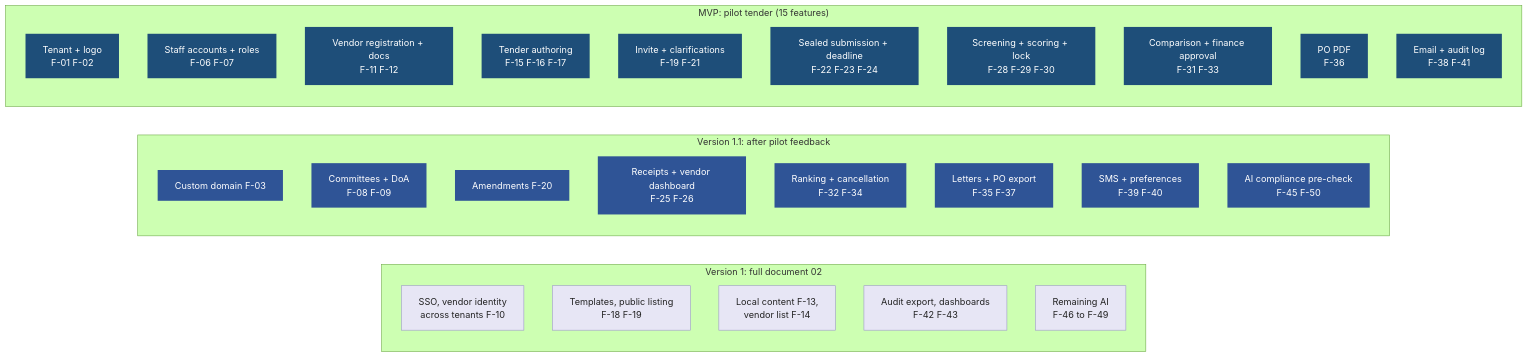
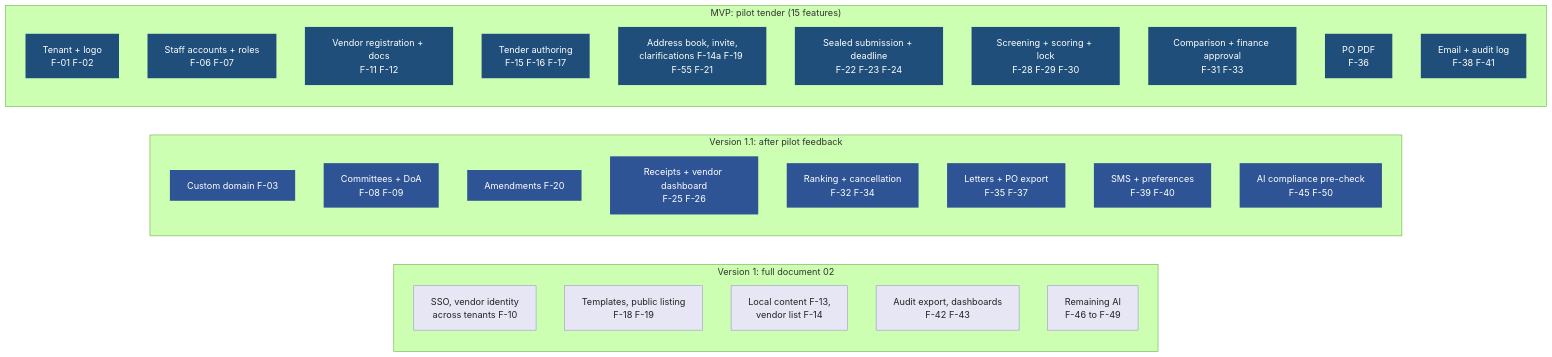
One commit to AhmedAssaf/ERP changed the first of 2 diagrams in docs/05-mvp-scope.md. Above: the diagram before and after it, drawn with Mermaid (forest theme). The commit also changed other lines of this file and 4 other files, not shown here.

First line of the commit message:
Add F-55 tender invitation with registration continuation and F-14a address book

````diff
--- a/docs/05-mvp-scope.md
+++ b/docs/05-mvp-scope.md
@@ -15,41 +17,41 @@
 ```mermaid
 flowchart LR
     classDef mvp fill:#1E4E79,color:#fff,stroke:none
     classDef next fill:#2F5496,color:#fff,stroke:none
     classDef v1 fill:#E7E6F5,color:#222,stroke:#9B96C9
 
     subgraph R3["Version 1: full document 02"]
         direction TB
         C1[SSO, vendor identity<br/>across tenants F-10]:::v1
         C2[Templates, public listing<br/>F-18 F-19]:::v1
         C3[Local content F-13,<br/>vendor list F-14]:::v1
         C4[Audit export, dashboards<br/>F-42 F-43]:::v1
         C5[Remaining AI<br/>F-46 to F-49]:::v1
     end
 
     subgraph R2["Version 1.1: after pilot feedback"]
         direction TB
         B1[Custom domain F-03]:::next
         B2[Committees + DoA<br/>F-08 F-09]:::next
         B3[Amendments F-20]:::next
         B4[Receipts + vendor dashboard<br/>F-25 F-26]:::next
         B5[Ranking + cancellation<br/>F-32 F-34]:::next
         B6[Letters + PO export<br/>F-35 F-37]:::next
         B7[SMS + preferences<br/>F-39 F-40]:::next
         B8[AI compliance pre-check<br/>F-45 F-50]:::next
     end
 
     subgraph R1["MVP: pilot tender (15 features)"]
         direction TB
         A1[Tenant + logo<br/>F-01 F-02]:::mvp
         A2[Staff accounts + roles<br/>F-06 F-07]:::mvp
         A3[Vendor registration + docs<br/>F-11 F-12]:::mvp
         A4[Tender authoring<br/>F-15 F-16 F-17]:::mvp
-        A5[Invite + clarifications<br/>F-19 F-21]:::mvp
+        A5[Address book, invite,<br/>clarifications F-14a F-19 F-55 F-21]:::mvp
         A6[Sealed submission + deadline<br/>F-22 F-23 F-24]:::mvp
         A7[Screening + scoring + lock<br/>F-28 F-29 F-30]:::mvp
         A8[Comparison + finance approval<br/>F-31 F-33]:::mvp
         A9[PO PDF<br/>F-36]:::mvp
         A10[Email + audit log<br/>F-38 F-41]:::mvp
     end
 ```
````
